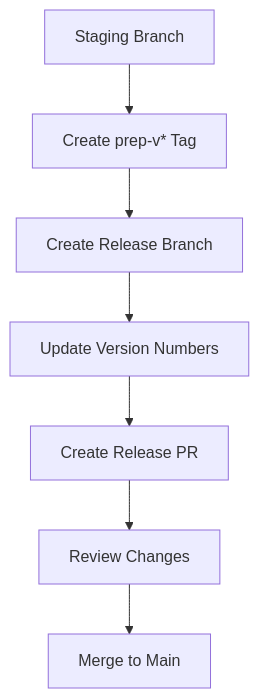
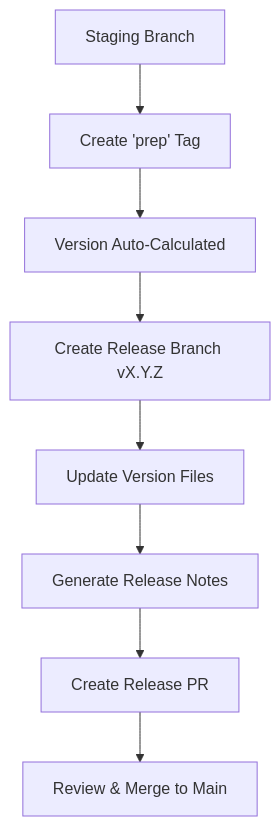
Before and after one commit to deepworks-net/github.toolkit: the second of 4 diagrams in docs/development/release-process.md, drawn with Mermaid. The commit also changed other lines of this file, not shown here.

First line of the commit message:
Update release process documentation to match current implementation

````diff
--- a/docs/development/release-process.md
+++ b/docs/development/release-process.md
@@ -29,9 +29,10 @@
 ```mermaid
 graph TD
-    A[Staging Branch] --> B[Create prep-v* Tag]
-    B --> C[Create Release Branch]
-    C --> D[Update Version Numbers]
-    D --> E[Create Release PR]
-    E --> F[Review Changes]
-    F --> G[Merge to Main]
+    A[Staging Branch] --> B[Create 'prep' Tag]
+    B --> C[Version Auto-Calculated]
+    C --> D[Create Release Branch vX.Y.Z]
+    D --> E[Update Version Files]
+    E --> F[Generate Release Notes]
+    F --> G[Create Release PR]
+    G --> H[Review & Merge to Main]
 ```
````
